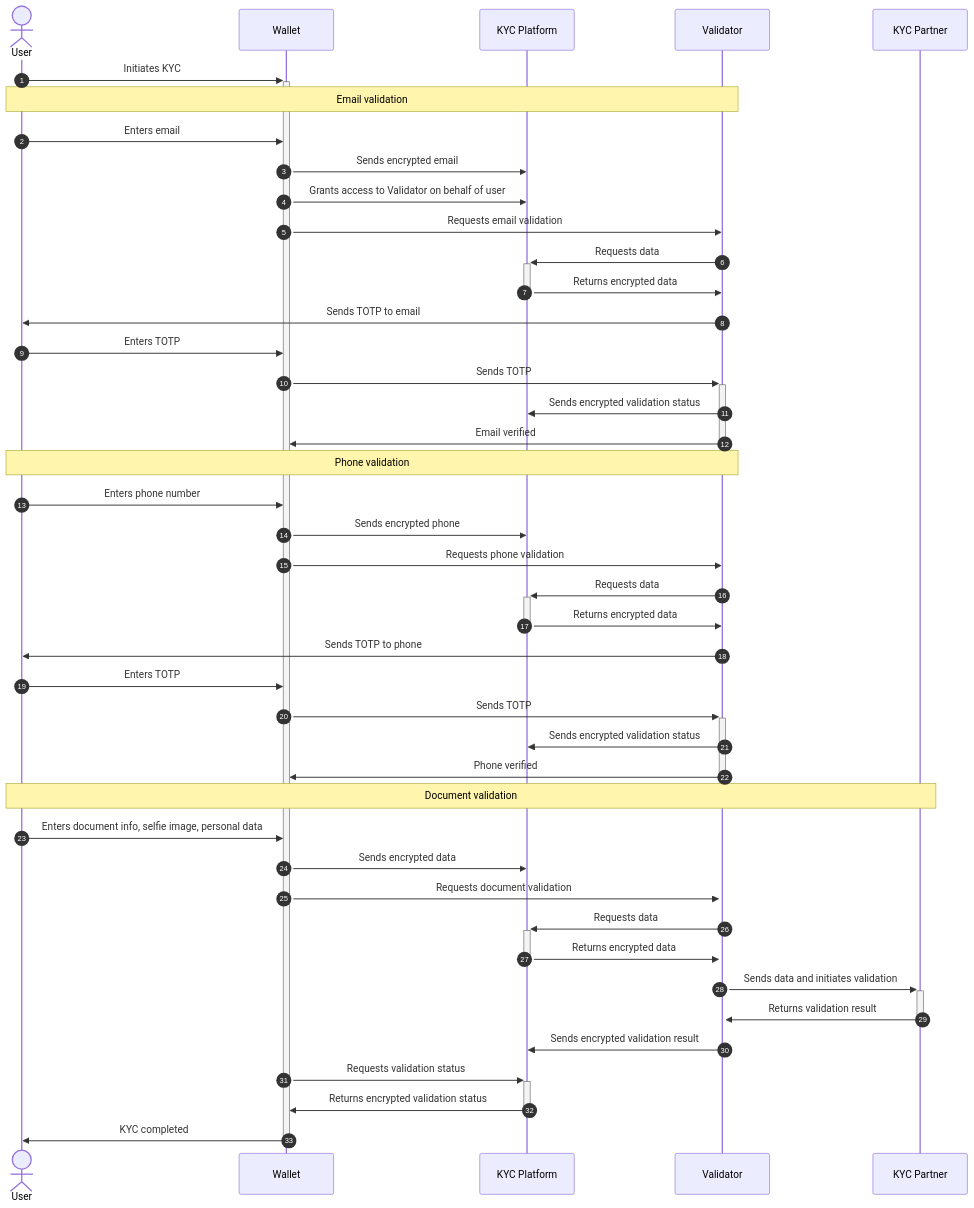
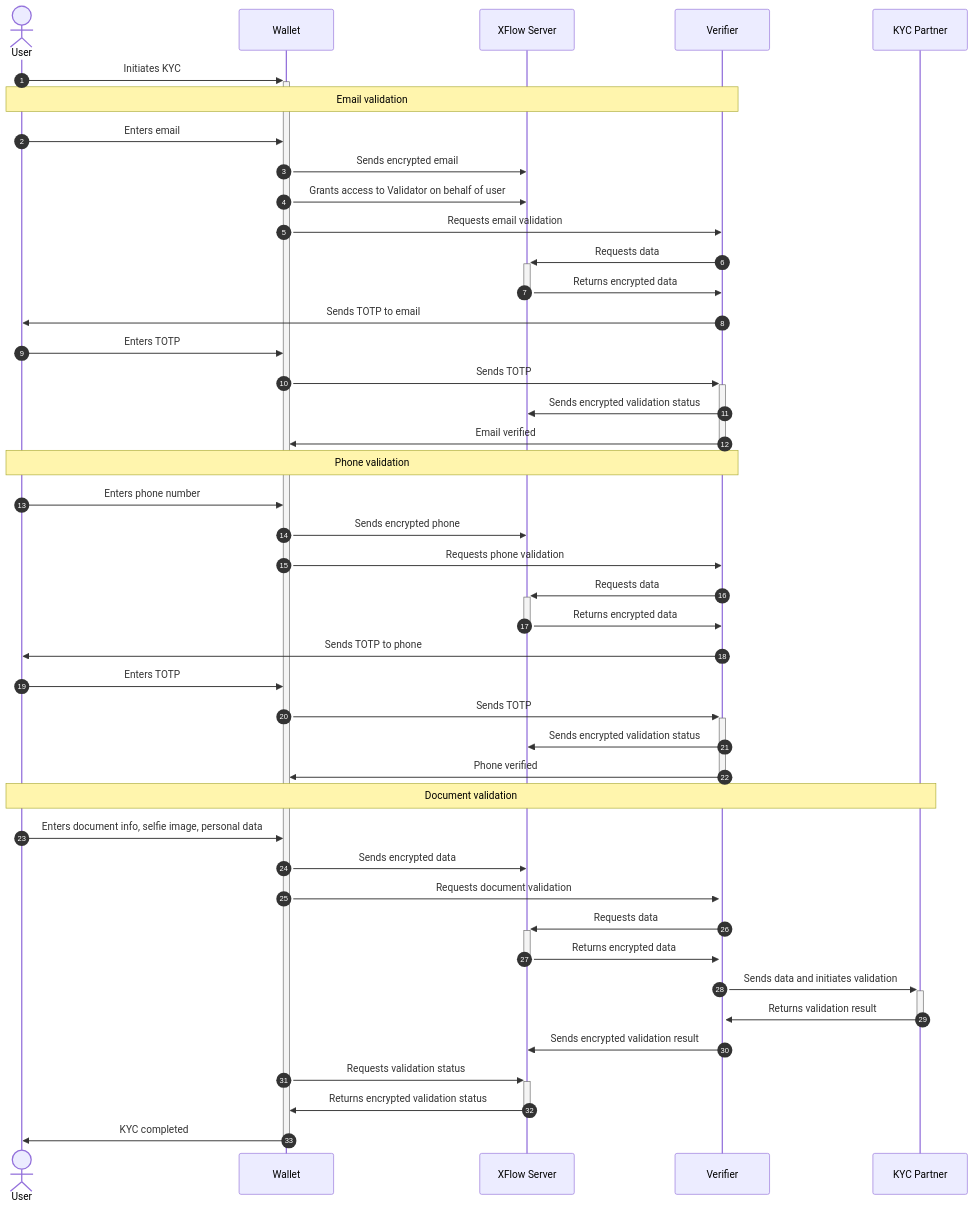
One commit to espresso-cash/docs changed the diagram in overview/kyc-flow.md. Above: the diagram before and after it, drawn with Mermaid. The commit also changed other lines of this file and 7 other files, not shown here.

````diff
--- a/overview/kyc-flow.md
+++ b/overview/kyc-flow.md
@@ -25,54 +25,54 @@
 ```mermaid
 sequenceDiagram
     autonumber
     
     actor User
     participant Wallet
-    participant KYC as KYC Platform
-    participant Validator
+    participant KYC as XFlow Server
+    participant Verifier
     participant Partner as KYC Partner
     
     User->>+Wallet: Initiates KYC
     
-    Note over User,Validator: Email validation
+    Note over User,Verifier: Email validation
     User->>Wallet: Enters email
     Wallet->>KYC: Sends encrypted email
     Wallet->>KYC: Grants access to Validator on behalf of user
 
-    Wallet->>Validator: Requests email validation
-    Validator->>+KYC: Requests data
-    KYC->>-Validator: Returns encrypted data
-    Validator->>User: Sends TOTP to email
+    Wallet->>Verifier: Requests email validation
+    Verifier->>+KYC: Requests data
+    KYC->>-Verifier: Returns encrypted data
+    Verifier->>User: Sends TOTP to email
     User->>Wallet: Enters TOTP
-    Wallet->>+Validator: Sends TOTP
-    Validator->>KYC: Sends encrypted validation status
-    Validator->>-Wallet: Email verified
+    Wallet->>+Verifier: Sends TOTP
+    Verifier->>KYC: Sends encrypted validation status
+    Verifier->>-Wallet: Email verified
 
-    Note over User,Validator: Phone validation
+    Note over User,Verifier: Phone validation
     User->>Wallet: Enters phone number
     Wallet->>KYC: Sends encrypted phone
 
-    Wallet->>Validator: Requests phone validation
-    Validator->>+KYC: Requests data
-    KYC->>-Validator: Returns encrypted data
-    Validator->>User: Sends TOTP to phone
+    Wallet->>Verifier: Requests phone validation
+    Verifier->>+KYC: Requests data
+    KYC->>-Verifier: Returns encrypted data
+    Verifier->>User: Sends TOTP to phone
     User->>Wallet: Enters TOTP
-    Wallet->>+Validator: Sends TOTP
-    Validator->>KYC: Sends encrypted validation status
-    Validator->>-Wallet: Phone verified
+    Wallet->>+Verifier: Sends TOTP
+    Verifier->>KYC: Sends encrypted validation status
+    Verifier->>-Wallet: Phone verified
 
     Note over User,Partner: Document validation
     User->>Wallet: Enters document info, selfie image, personal data
     Wallet->>KYC: Sends encrypted data
     
-    Wallet->>+Validator: Requests document validation
-    Validator->>+KYC: Requests data
-    KYC->>-Validator: Returns encrypted data
-    Validator->>+Partner: Sends data and initiates validation
-    Partner->>-Validator: Returns validation result
-    Validator->>KYC: Sends encrypted validation result
+    Wallet->>+Verifier: Requests document validation
+    Verifier->>+KYC: Requests data
+    KYC->>-Verifier: Returns encrypted data
+    Verifier->>+Partner: Sends data and initiates validation
+    Partner->>-Verifier: Returns validation result
+    Verifier->>KYC: Sends encrypted validation result
     Wallet->>+KYC: Requests validation status
     KYC->>-Wallet: Returns encrypted validation status
     
     Wallet->>-User: KYC completed
 ```
````
